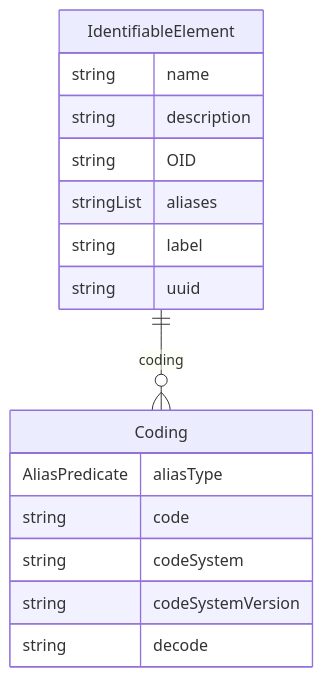
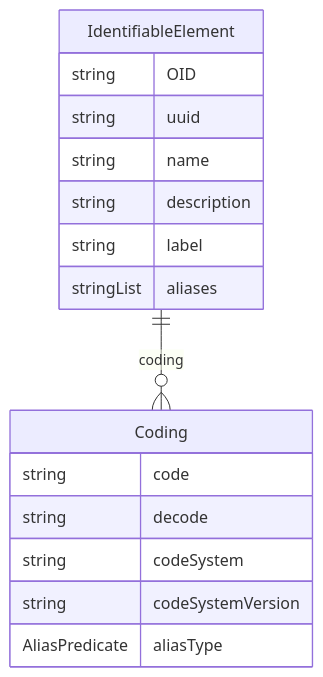
The diagram in docs/classes/IdentifiableElement.md (cdisc-org/DataExchange-DDS), drawn with Mermaid before and after one commit. The commit also changed other lines of this file and 313 other files, not shown here.

````diff
--- a/docs/classes/IdentifiableElement.md
+++ b/docs/classes/IdentifiableElement.md
@@ -17,21 +12,21 @@
 ```mermaid
 erDiagram
+IdentifiableElement {
+    string OID  
+    string uuid  
+    string name  
+    string description  
+    string label  
+    stringList aliases  
+}
 Coding {
-    AliasPredicate aliasType  
     string code  
+    string decode  
     string codeSystem  
     string codeSystemVersion  
-    string decode  
-}
-IdentifiableElement {
-    string name  
-    string description  
-    string OID  
-    stringList aliases  
-    string label  
-    string uuid  
+    AliasPredicate aliasType  
 }
 
 IdentifiableElement ||--}o Coding : "coding"
 
 ```
````
